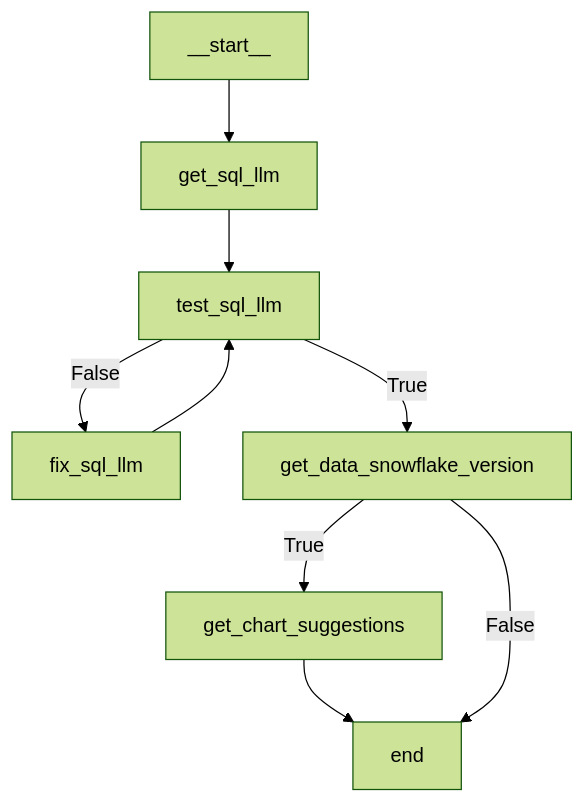
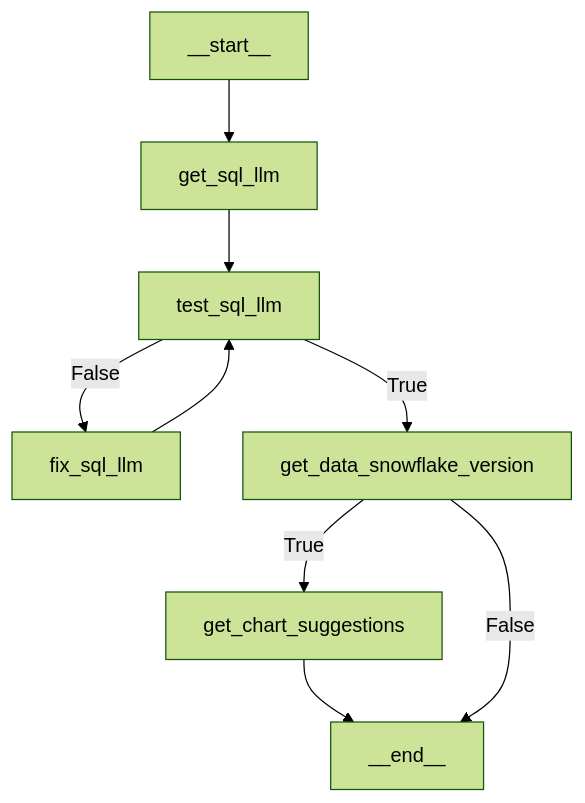
The diagram in generative_ai/langgraph_architectural_diagram.md (austinTracy7/Portfolio), drawn with Mermaid (forest theme) before and after one commit.

````diff
--- a/generative_ai/langgraph_architectural_diagram.md
+++ b/generative_ai/langgraph_architectural_diagram.md
@@ -1,19 +1,19 @@
 ```mermaid
 flowchart TD
     __start__["__start__"]
     fix_sql_llm["fix_sql_llm"]
     get_sql_llm["get_sql_llm"]
     test_sql_llm["test_sql_llm"]
     get_data_snowflake_version["get_data_snowflake_version"]
     get_chart_suggestions["get_chart_suggestions"]
-    __end__["end"]
+    __end__["__end__"]
 
     __start__ --> get_sql_llm
     fix_sql_llm --> test_sql_llm
     get_chart_suggestions --> __end__
     get_sql_llm --> test_sql_llm
     test_sql_llm -- True --> get_data_snowflake_version
     test_sql_llm -- False --> fix_sql_llm
     get_data_snowflake_version -- True --> get_chart_suggestions
     get_data_snowflake_version -- False --> __end__
 ```
````
